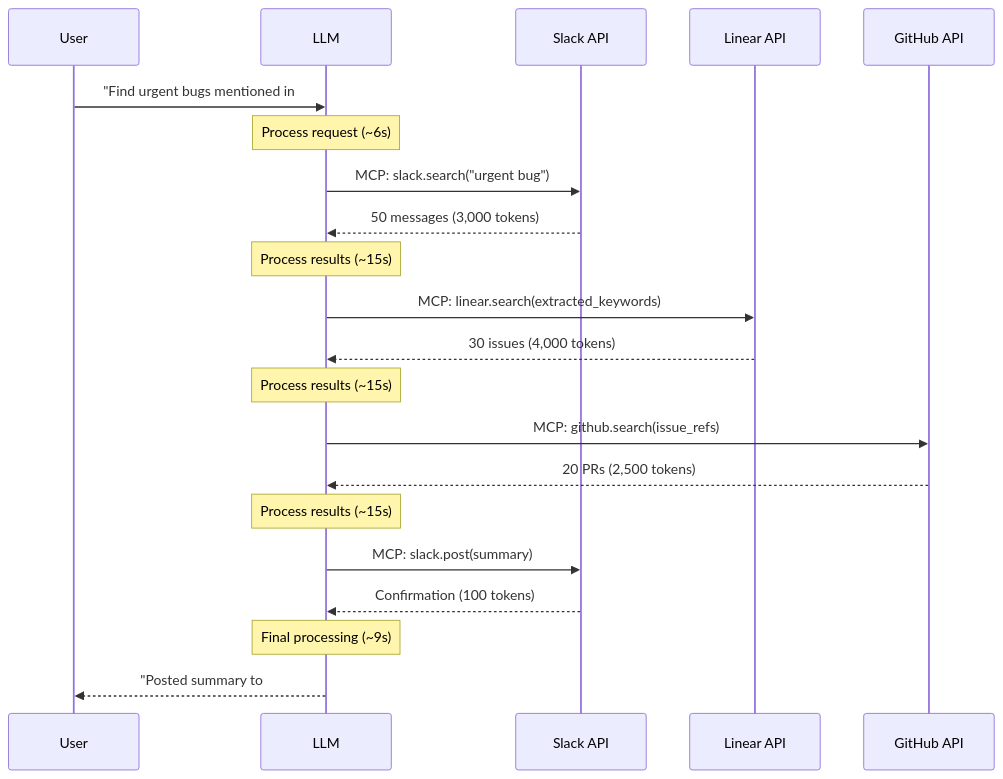
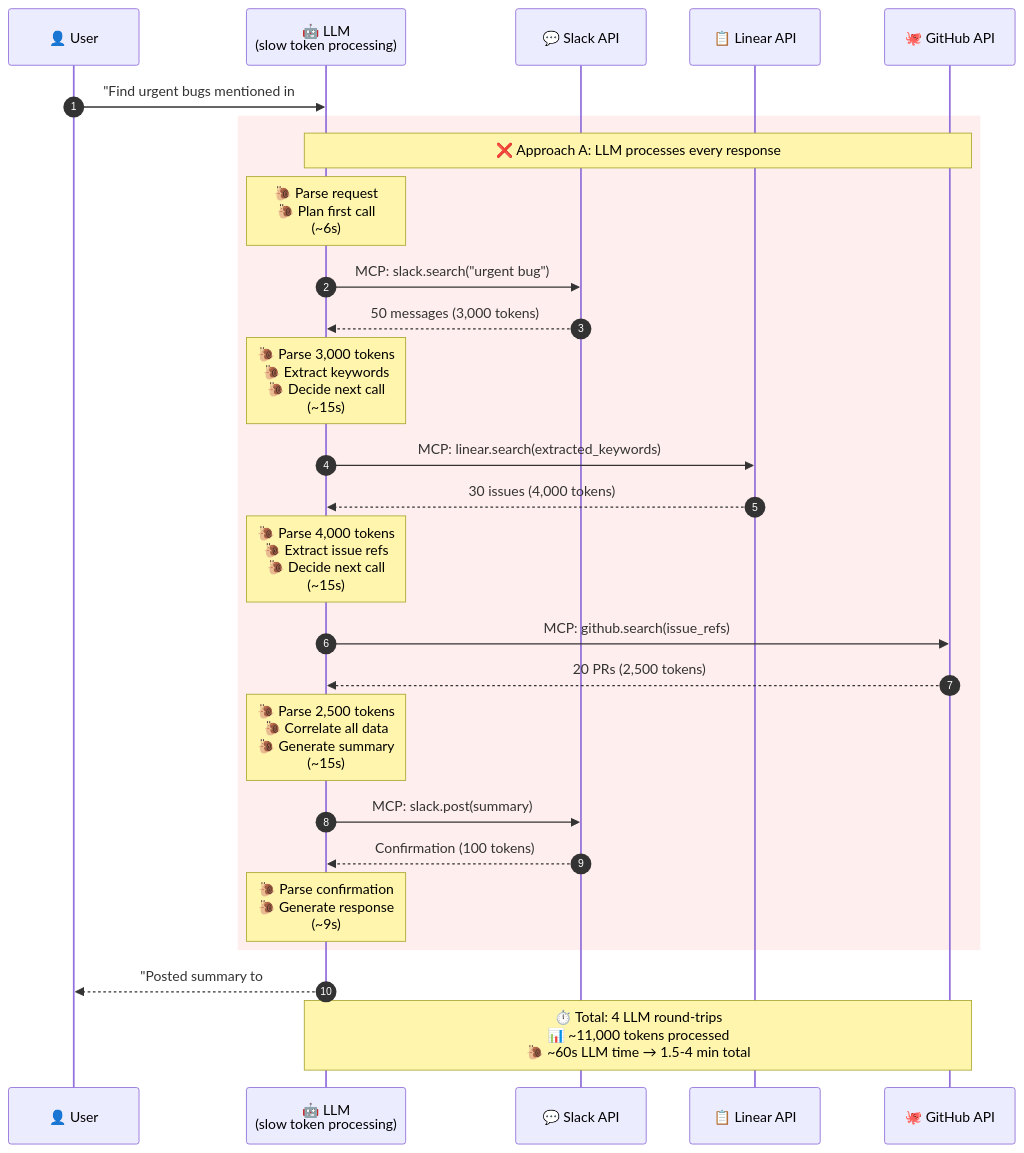
Before and after one commit to kb4ai/mcp-considered-suboptimal-pub-kb: the first of 2 diagrams in time-travel-latency.md, drawn with Mermaid. The commit also changed other lines of this file, not shown here.

First line of the commit message:
Add aesthetic improvements to Mermaid diagrams

````diff
--- a/time-travel-latency.md
+++ b/time-travel-latency.md
@@ -41,29 +41,37 @@
 ```mermaid
 sequenceDiagram
-    participant User
-    participant LLM
-    participant API1 as Slack API
-    participant API2 as Linear API
-    participant API3 as GitHub API
+    autonumber
+    participant U as 👤 User
+    participant L as 🤖 LLM<br/>(slow token processing)
+    participant S as 💬 Slack API
+    participant R as 📋 Linear API
+    participant G as 🐙 GitHub API
 
-    User->>LLM: "Find urgent bugs mentioned in #engineering"
+    U->>L: "Find urgent bugs mentioned in #engineering"
 
-    Note over LLM: Process request (~6s)
-    LLM->>API1: MCP: slack.search("urgent bug")
-    API1-->>LLM: 50 messages (3,000 tokens)
+    rect rgba(255,200,200,0.3)
+    note over L,G: ❌ Approach A: LLM processes every response
 
-    Note over LLM: Process results (~15s)
-    LLM->>API2: MCP: linear.search(extracted_keywords)
-    API2-->>LLM: 30 issues (4,000 tokens)
+    note over L: 🐌 Parse request<br/>🐌 Plan first call<br/>(~6s)
+    L->>S: MCP: slack.search("urgent bug")
+    S-->>L: 50 messages (3,000 tokens)
 
-    Note over LLM: Process results (~15s)
-    LLM->>API3: MCP: github.search(issue_refs)
-    API3-->>LLM: 20 PRs (2,500 tokens)
+    note over L: 🐌 Parse 3,000 tokens<br/>🐌 Extract keywords<br/>🐌 Decide next call<br/>(~15s)
+    L->>R: MCP: linear.search(extracted_keywords)
+    R-->>L: 30 issues (4,000 tokens)
 
-    Note over LLM: Process results (~15s)
-    LLM->>API1: MCP: slack.post(summary)
-    API1-->>LLM: Confirmation (100 tokens)
+    note over L: 🐌 Parse 4,000 tokens<br/>🐌 Extract issue refs<br/>🐌 Decide next call<br/>(~15s)
+    L->>G: MCP: github.search(issue_refs)
+    G-->>L: 20 PRs (2,500 tokens)
 
-    Note over LLM: Final processing (~9s)
-    LLM-->>User: "Posted summary to #engineering"
+    note over L: 🐌 Parse 2,500 tokens<br/>🐌 Correlate all data<br/>🐌 Generate summary<br/>(~15s)
+    L->>S: MCP: slack.post(summary)
+    S-->>L: Confirmation (100 tokens)
+
+    note over L: 🐌 Parse confirmation<br/>🐌 Generate response<br/>(~9s)
+    end
+
+    L-->>U: "Posted summary to #engineering"
+
+    note over L,G: ⏱️ Total: 4 LLM round-trips<br/>📊 ~11,000 tokens processed<br/>🐌 ~60s LLM time → 1.5-4 min total
 ```
````
